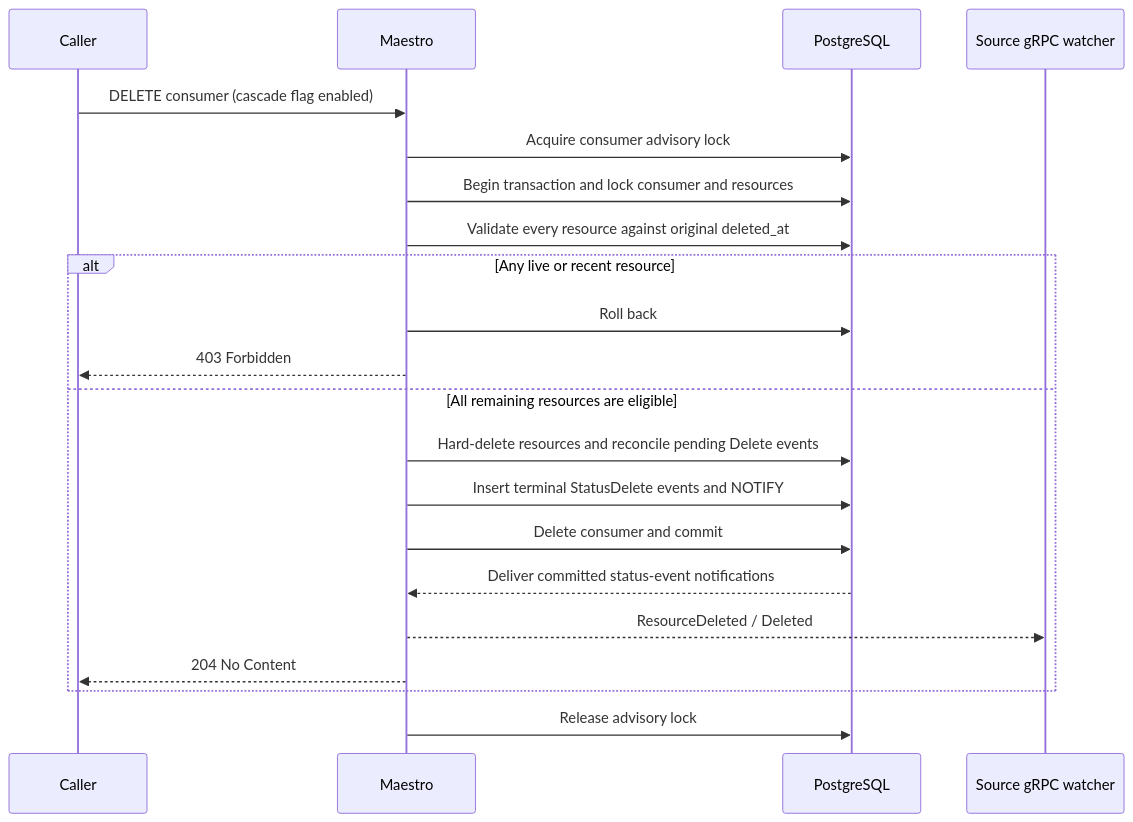
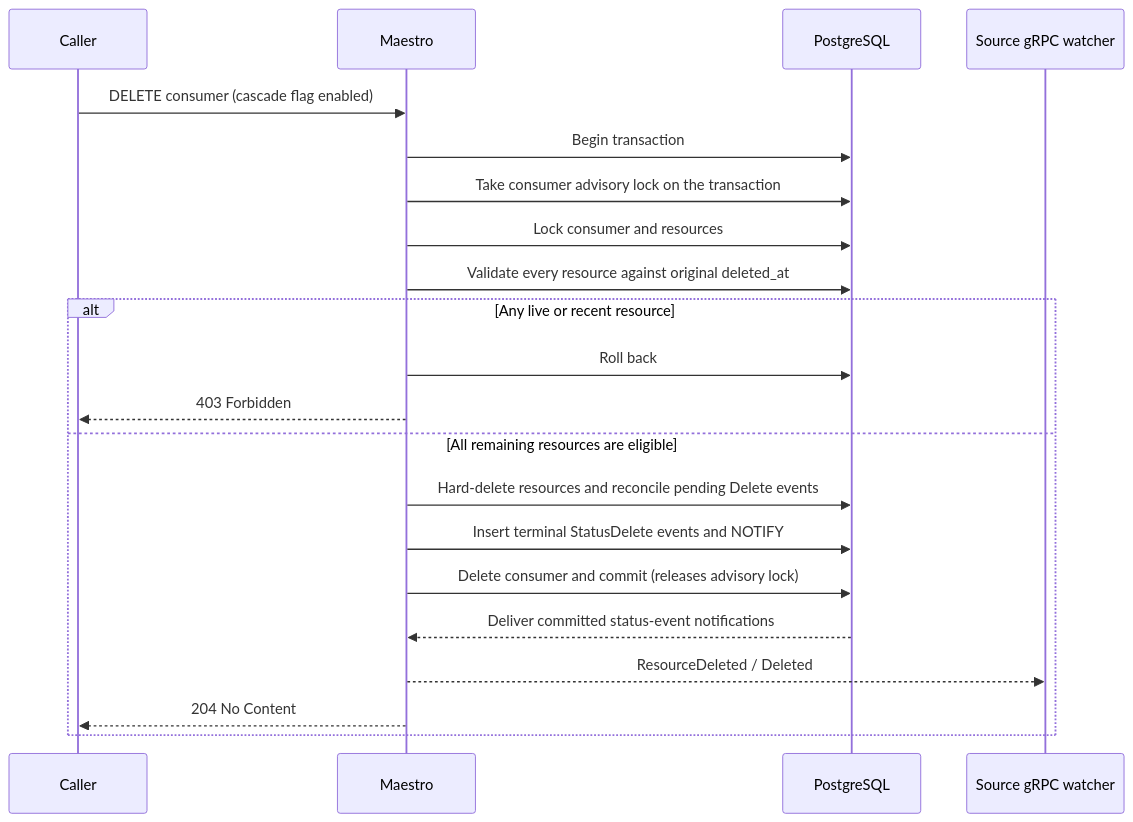
The diagram in docs/resources/consumer-delete-cascade.md (openshift-online/maestro), drawn with Mermaid before and after one commit. The commit also changed other lines of this file and 8 other files, not shown here.

First line of the commit message:
fix: take consumer advisory lock on the finalizing transaction (HYPERFLEET-1644)

````diff
--- a/docs/resources/consumer-delete-cascade.md
+++ b/docs/resources/consumer-delete-cascade.md
@@ -25,23 +25,23 @@
 ```mermaid
 sequenceDiagram
     participant Caller
     participant Maestro
     participant PostgreSQL
     participant Watcher as Source gRPC watcher
     Caller->>Maestro: DELETE consumer (cascade flag enabled)
-    Maestro->>PostgreSQL: Acquire consumer advisory lock
-    Maestro->>PostgreSQL: Begin transaction and lock consumer and resources
+    Maestro->>PostgreSQL: Begin transaction
+    Maestro->>PostgreSQL: Take consumer advisory lock on the transaction
+    Maestro->>PostgreSQL: Lock consumer and resources
     Maestro->>PostgreSQL: Validate every resource against original deleted_at
     alt Any live or recent resource
         Maestro->>PostgreSQL: Roll back
         Maestro-->>Caller: 403 Forbidden
     else All remaining resources are eligible
         Maestro->>PostgreSQL: Hard-delete resources and reconcile pending Delete events
         Maestro->>PostgreSQL: Insert terminal StatusDelete events and NOTIFY
-        Maestro->>PostgreSQL: Delete consumer and commit
+        Maestro->>PostgreSQL: Delete consumer and commit (releases advisory lock)
         PostgreSQL-->>Maestro: Deliver committed status-event notifications
         Maestro-->>Watcher: ResourceDeleted / Deleted
         Maestro-->>Caller: 204 No Content
     end
-    Maestro->>PostgreSQL: Release advisory lock
 ```
````
